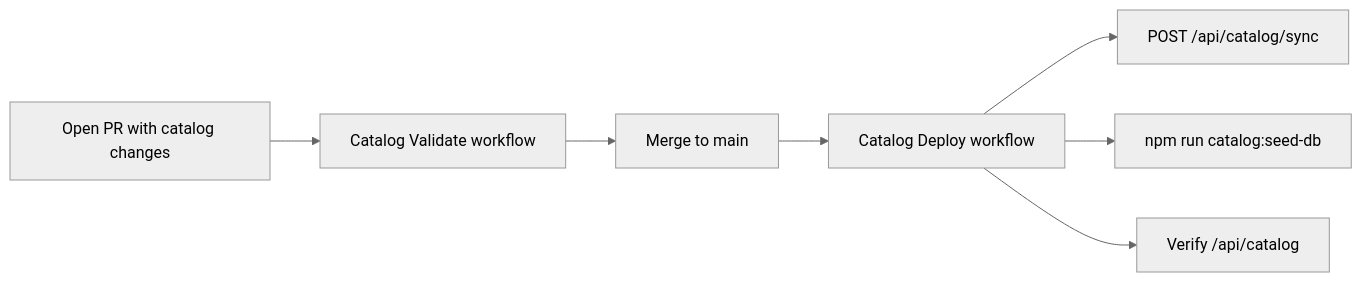
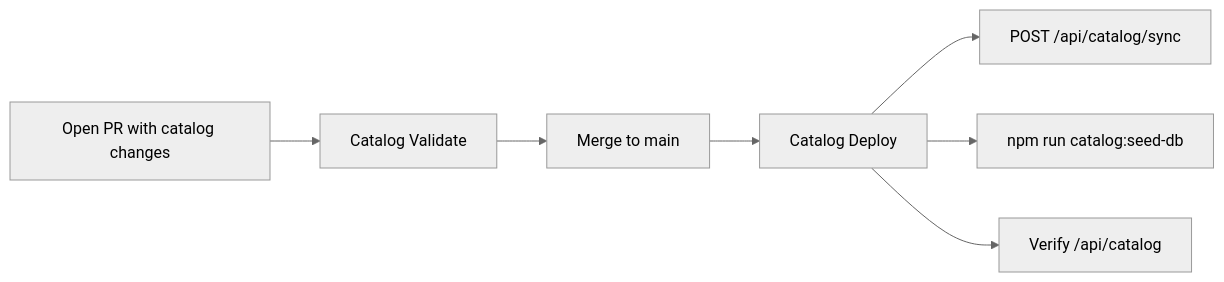
One commit to nuthanm/aidevreference changed the fifth of 6 diagrams in README.md. Above: the diagram before and after it, drawn with Mermaid (neutral theme). The commit also changed other lines of this file and 2 other files, not shown here.

First line of the commit message:
Document when to run each catalog script and workflow scenario

````diff
--- a/README.md
+++ b/README.md
@@ -92,9 +218,9 @@
 ```mermaid
 flowchart LR
-  PR["Open PR with catalog changes"] --> VAL["Catalog Validate workflow"]
+  PR["Open PR with catalog changes"] --> VAL["Catalog Validate"]
   VAL --> MERGE["Merge to main"]
-  MERGE --> DEPLOY["Catalog Deploy workflow"]
+  MERGE --> DEPLOY["Catalog Deploy"]
   DEPLOY --> SYNC["POST /api/catalog/sync"]
   DEPLOY --> SEED["npm run catalog:seed-db"]
   DEPLOY --> CHECK["Verify /api/catalog"]
 ```
````
